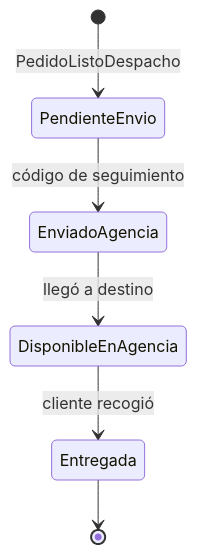
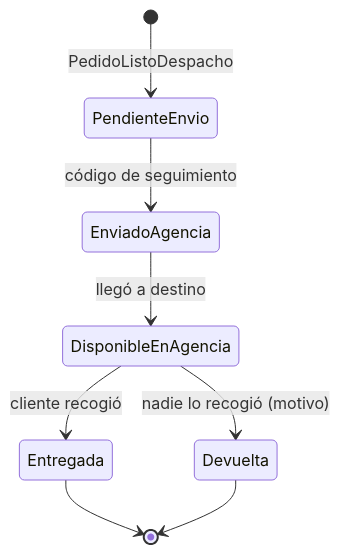
One commit to cazabacheg/fitstore changed the third of 4 diagrams in docs/analisis/micro/delivery-service.md. Above: the diagram before and after it, drawn with Mermaid. The commit also changed other lines of this file and 14 other files, not shown here.

````diff
--- a/docs/analisis/micro/delivery-service.md
+++ b/docs/analisis/micro/delivery-service.md
@@ -227,8 +234,10 @@
 ```mermaid
 stateDiagram-v2
     [*] --> PendienteEnvio: PedidoListoDespacho
     PendienteEnvio --> EnviadoAgencia: código de seguimiento
     EnviadoAgencia --> DisponibleEnAgencia: llegó a destino
     DisponibleEnAgencia --> Entregada: cliente recogió
+    DisponibleEnAgencia --> Devuelta: nadie lo recogió (motivo)
     Entregada --> [*]
+    Devuelta --> [*]
 ```
````
